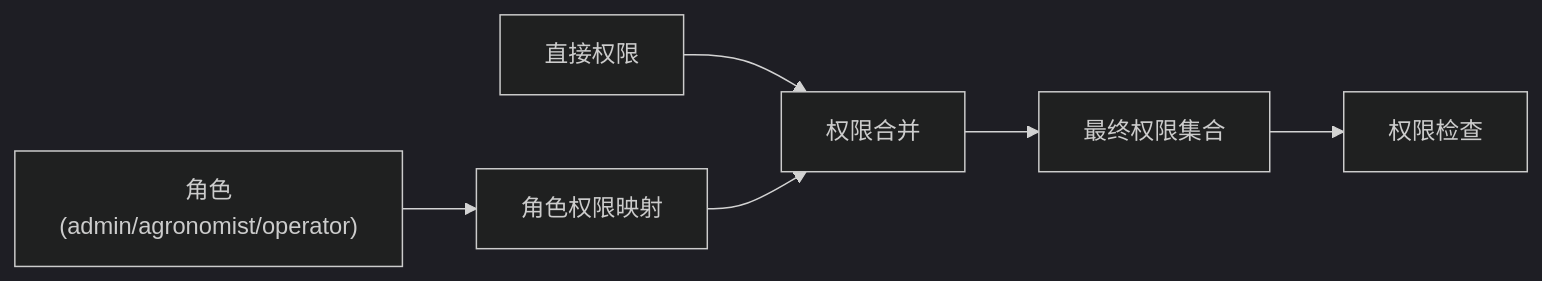
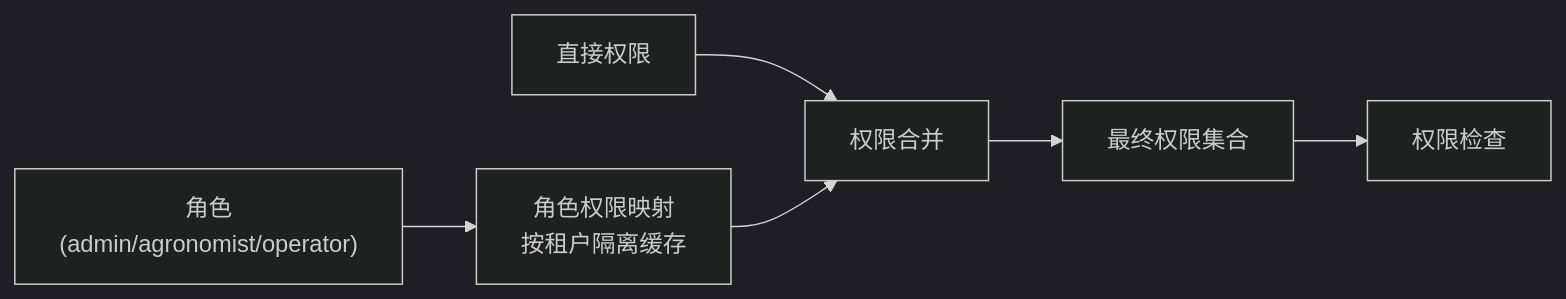
The sixth of 7 diagrams in .qoder/repowiki/zh/content/架构设计/安全架构.md (q446328246/agri-platform), drawn with Mermaid (dark theme) before and after one commit. The commit also changed other lines of this file and 52 other files, not shown here.

````diff
--- a/.qoder/repowiki/zh/content/架构设计/安全架构.md
+++ b/.qoder/repowiki/zh/content/架构设计/安全架构.md
@@ -168,8 +299,8 @@
 ```mermaid
 graph LR
-Role["角色(admin/agronomist/operator)"] --> RolePerms["角色权限映射"]
+Role["角色(admin/agronomist/operator)"] --> RolePerms["角色权限映射<br/>按租户隔离缓存"]
 Direct["直接权限"] --> Merge["权限合并"]
 RolePerms --> Merge
 Merge --> FinalPerms["最终权限集合"]
 FinalPerms --> Check["权限检查"]
 ```
````
